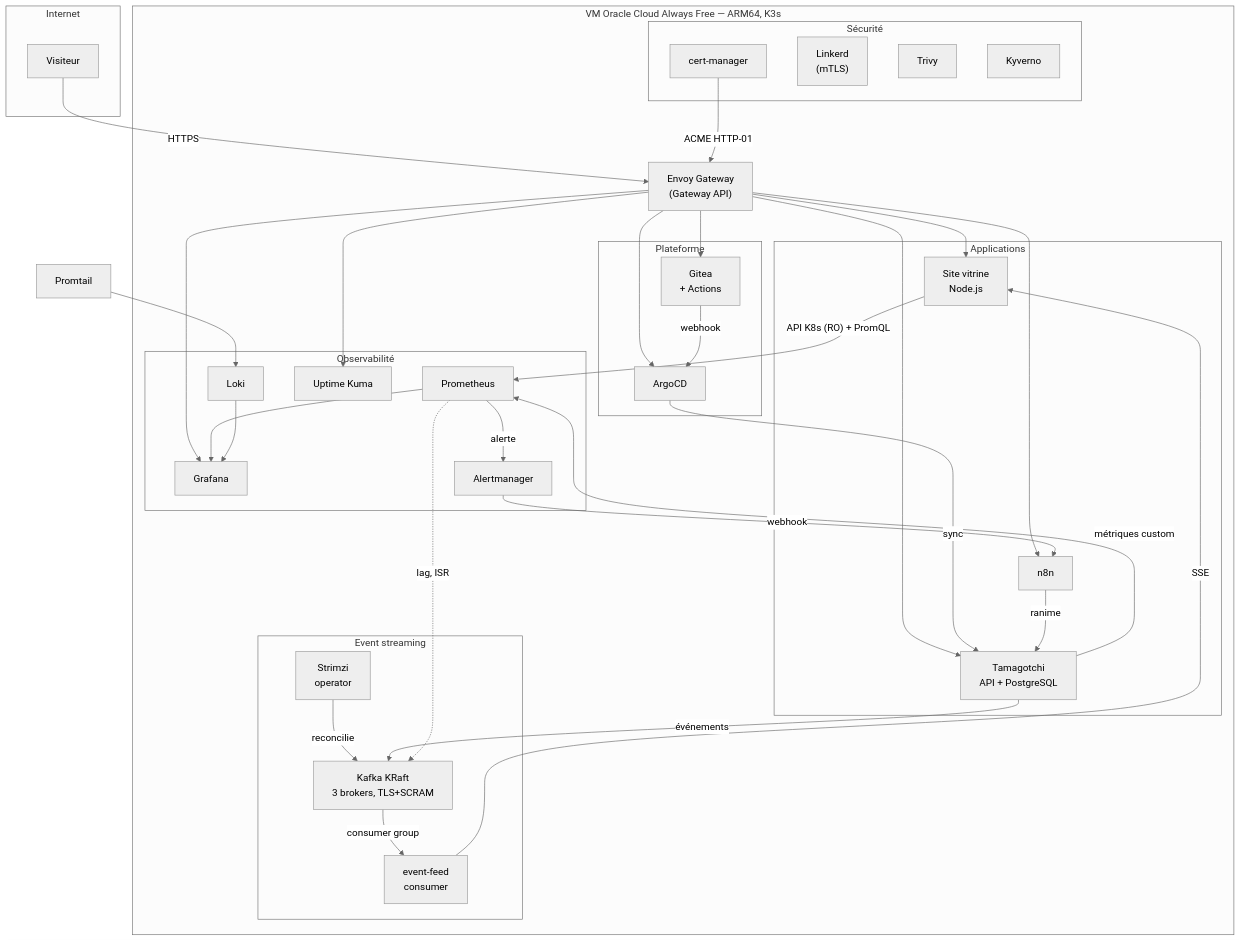
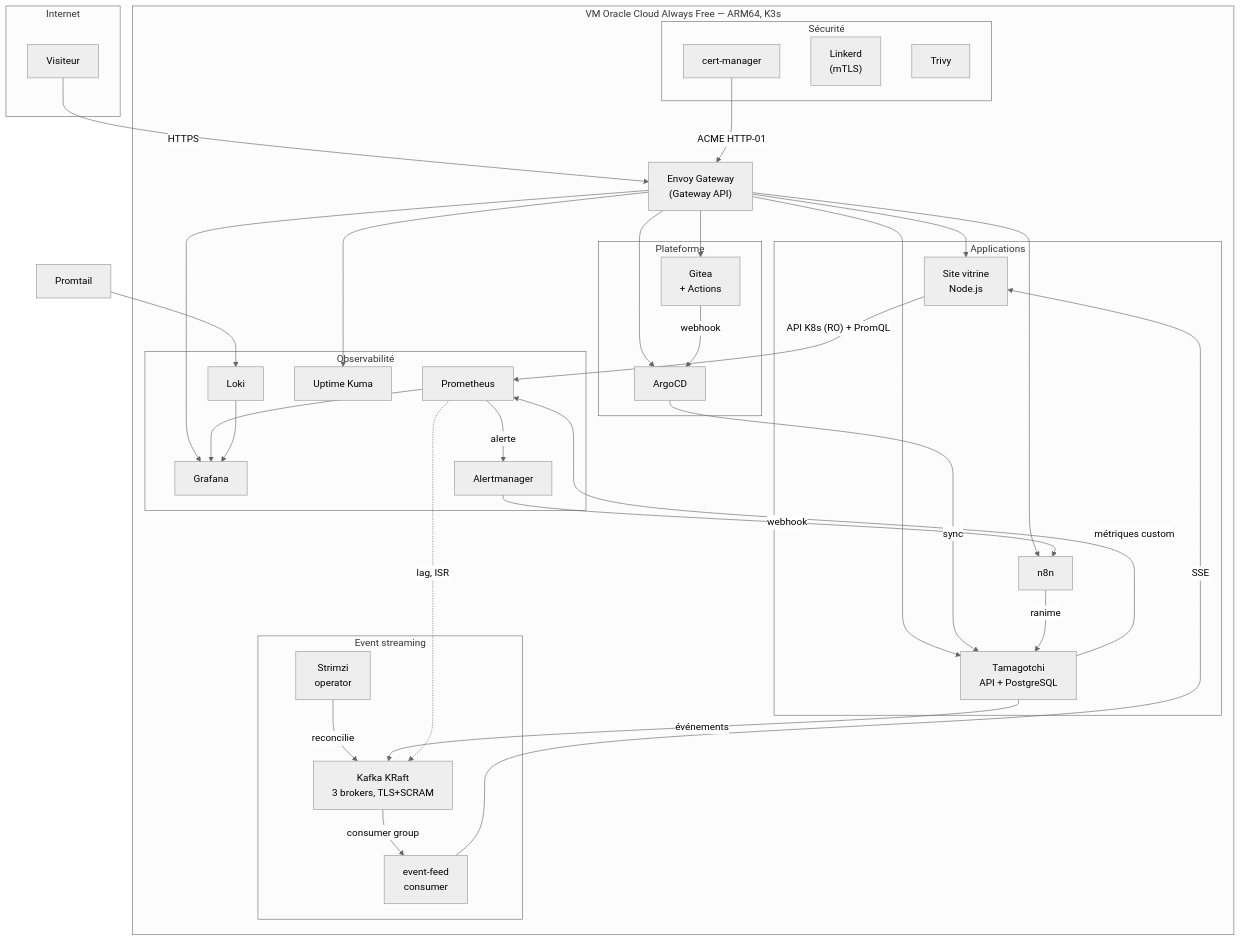
One commit to kaliouich/showroom changed the diagram in README.md. Above: the diagram before and after it, drawn with Mermaid (neutral theme). The commit also changed 8 other files, not shown here.

````diff
--- a/README.md
+++ b/README.md
@@ -13,56 +13,55 @@
 ```mermaid
 graph TB
     subgraph Internet
         U[Visiteur]
     end
 
     subgraph "VM Oracle Cloud Always Free — ARM64, K3s"
         EG["Envoy Gateway<br/>(Gateway API)"]
 
         subgraph "Plateforme"
             AC[ArgoCD]
             GT["Gitea<br/>+ Actions"]
         end
 
         subgraph "Observabilité"
             PR[Prometheus]
             GF[Grafana]
             LK[Loki]
             AM[Alertmanager]
             UK[Uptime Kuma]
         end
 
         subgraph "Applications"
             WS["Site vitrine<br/>Node.js"]
             TG["Tamagotchi<br/>API + PostgreSQL"]
             N8[n8n]
         end
 
         subgraph "Event streaming"
             SZ["Strimzi<br/>operator"]
             KF["Kafka KRaft<br/>3 brokers, TLS+SCRAM"]
             EF["event-feed<br/>consumer"]
         end
 
         subgraph "Sécurité"
             CM[cert-manager]
             LD["Linkerd<br/>(mTLS)"]
             TV[Trivy]
-            KV[Kyverno]
         end
     end
 
     U -->|HTTPS| EG
     EG --> WS & TG & AC & GF & GT & UK & N8
     GT -->|webhook| AC
     AC -->|sync| TG
     TG -->|métriques custom| PR
     PR --> GF
     PR -->|alerte| AM -->|webhook| N8 -->|ranime| TG
     SZ -->|reconcilie| KF
     TG -->|événements| KF -->|consumer group| EF -->|SSE| WS
     PR -.->|lag, ISR| KF
     LO[Promtail] --> LK --> GF
     WS -->|"API K8s (RO) + PromQL"| PR
     CM -->|"ACME HTTP-01"| EG
 ```
````
